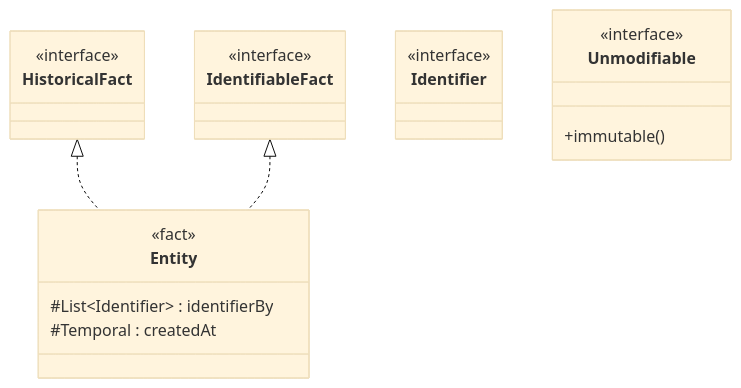
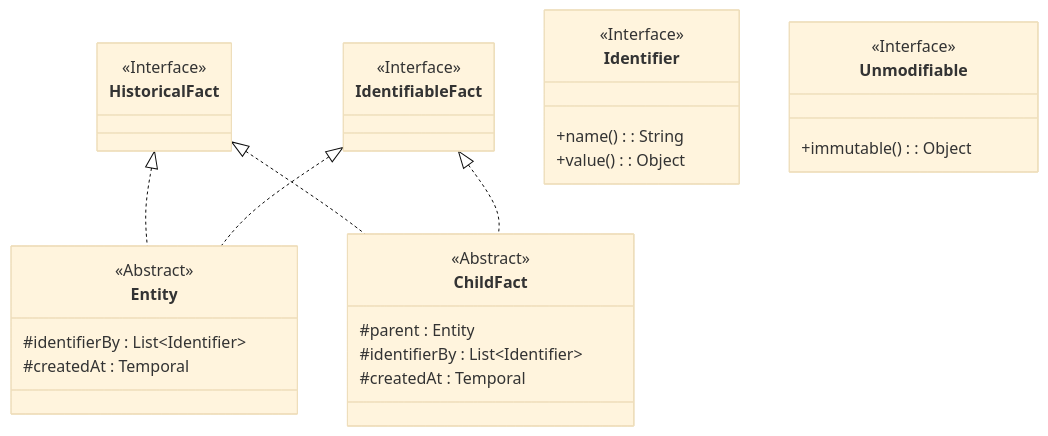
Before and after one commit to cybnity/foundation: the diagram in implementations-line/framework/immutable/README.md, drawn with Mermaid (base theme).

````diff
--- a/implementations-line/framework/immutable/README.md
+++ b/implementations-line/framework/immutable/README.md
@@ -27,23 +27,33 @@
 ```mermaid
 classDiagram
     HistoricalFact <|.. Entity
     IdentifiableFact <|.. Entity
+    HistoricalFact <|.. ChildFact
+    IdentifiableFact <|.. ChildFact
     class Identifier {
-        <<interface>>
+        <<Interface>>
+        +name() : String
+        +value() : Object
     }
     class Unmodifiable {
-        <<interface>>
-        +immutable()
+        <<Interface>>
+        +immutable() : Object
     }
     class HistoricalFact {
-        <<interface>>
+        <<Interface>>
     }
     class IdentifiableFact {
-        <<interface>>
+        <<Interface>>
     }
     class Entity {
-        <<fact>>
-        #List~Identifier~ : identifierBy
-        #Temporal : createdAt
+        <<Abstract>>
+        #identifierBy : List~Identifier~
+        #createdAt : Temporal
+    }
+    class ChildFact {
+        <<Abstract>>
+        #parent : Entity
+        #identifierBy : List~Identifier~
+        #createdAt : Temporal
     }
 ```
````
